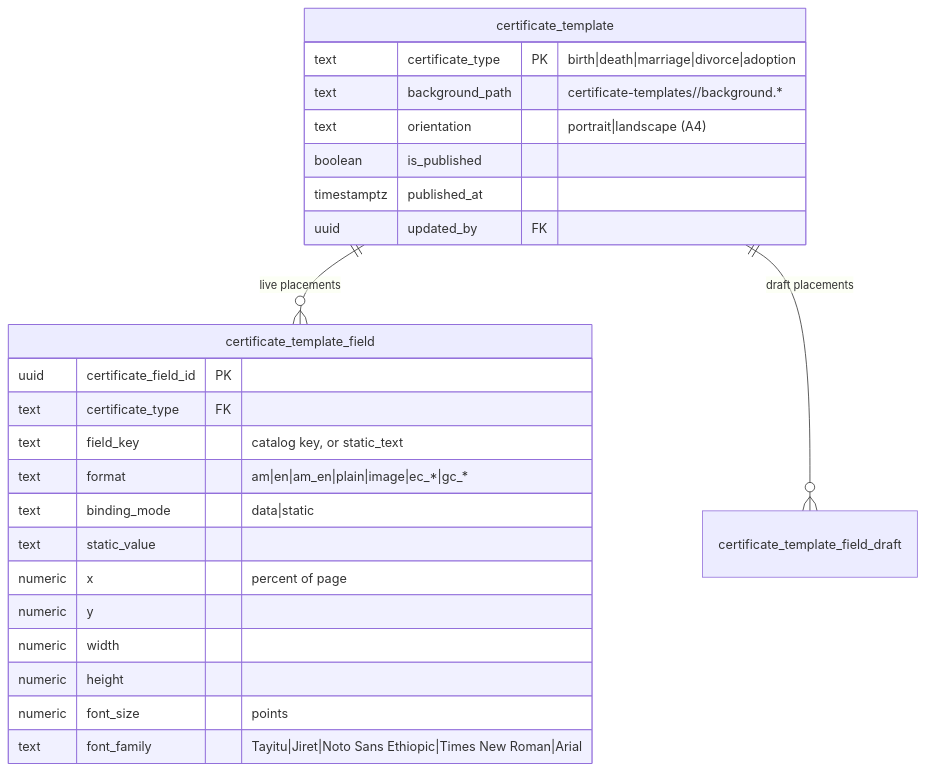
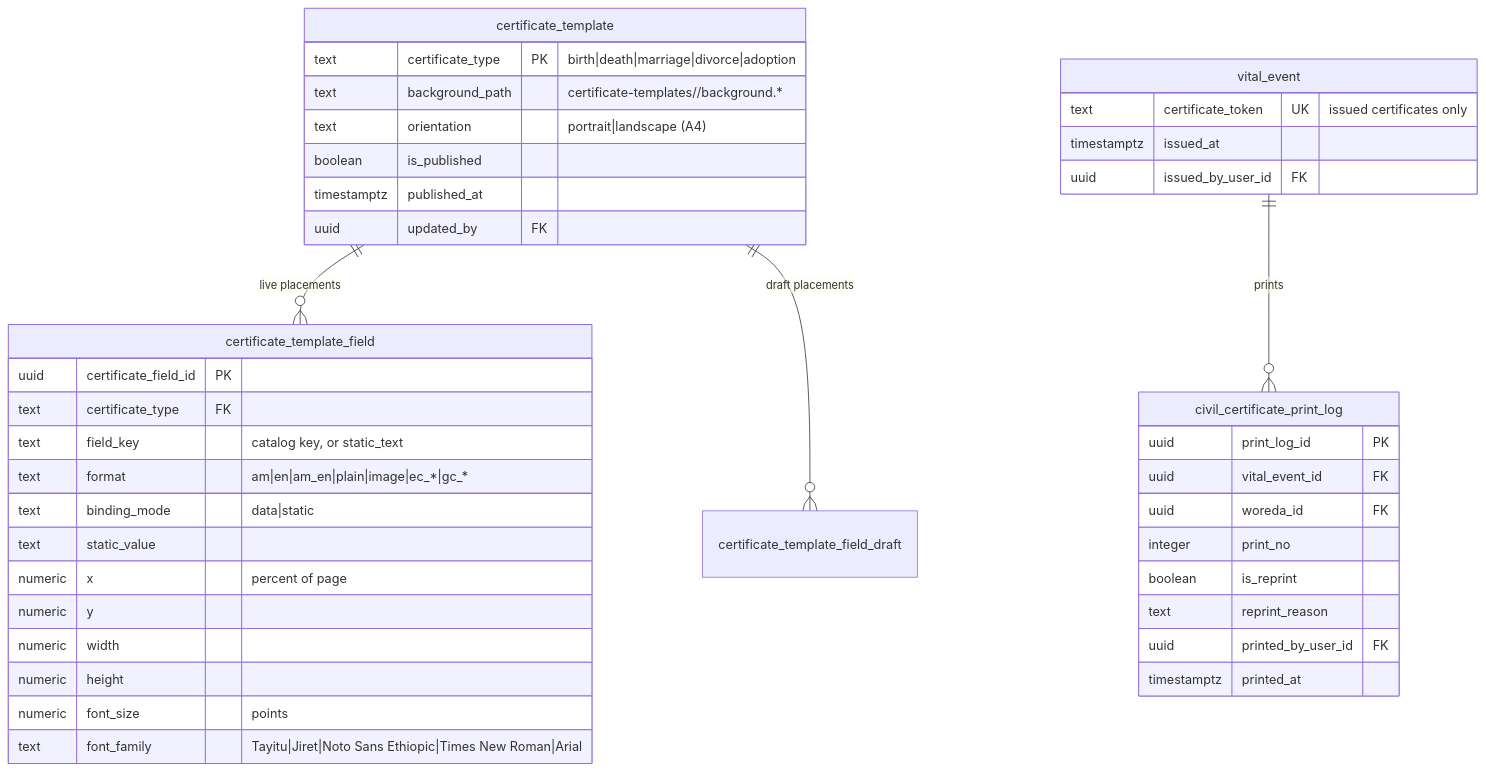
Before and after one commit to eskabdi/woredas-portal: the third of 3 diagrams in docs/civil-certificates.md, drawn with Mermaid. The commit also changed other lines of this file and 24 other files, not shown here.

First line of the commit message:
Civil certificate issuance like ID printing, with verification QR

````diff
--- a/docs/civil-certificates.md
+++ b/docs/civil-certificates.md
@@ -65,27 +139,43 @@
 ```mermaid
 erDiagram
   certificate_template ||--o{ certificate_template_field : "live placements"
   certificate_template ||--o{ certificate_template_field_draft : "draft placements"
   certificate_template {
     text certificate_type PK "birth|death|marriage|divorce|adoption"
     text background_path "certificate-templates/<type>/background.*"
     text orientation "portrait|landscape (A4)"
     boolean is_published
     timestamptz published_at
     uuid updated_by FK
   }
   certificate_template_field {
     uuid certificate_field_id PK
     text certificate_type FK
     text field_key "catalog key, or static_text"
     text format "am|en|am_en|plain|image|ec_*|gc_*"
     text binding_mode "data|static"
     text static_value
     numeric x "percent of page"
     numeric y
     numeric width
     numeric height
     numeric font_size "points"
     text font_family "Tayitu|Jiret|Noto Sans Ethiopic|Times New Roman|Arial"
   }
+  vital_event ||--o{ civil_certificate_print_log : "prints"
+  vital_event {
+    text certificate_token UK "issued certificates only"
+    timestamptz issued_at
+    uuid issued_by_user_id FK
+  }
+  civil_certificate_print_log {
+    uuid print_log_id PK
+    uuid vital_event_id FK
+    uuid woreda_id FK
+    integer print_no
+    boolean is_reprint
+    text reprint_reason
+    uuid printed_by_user_id FK
+    timestamptz printed_at
+  }
 ```
````
